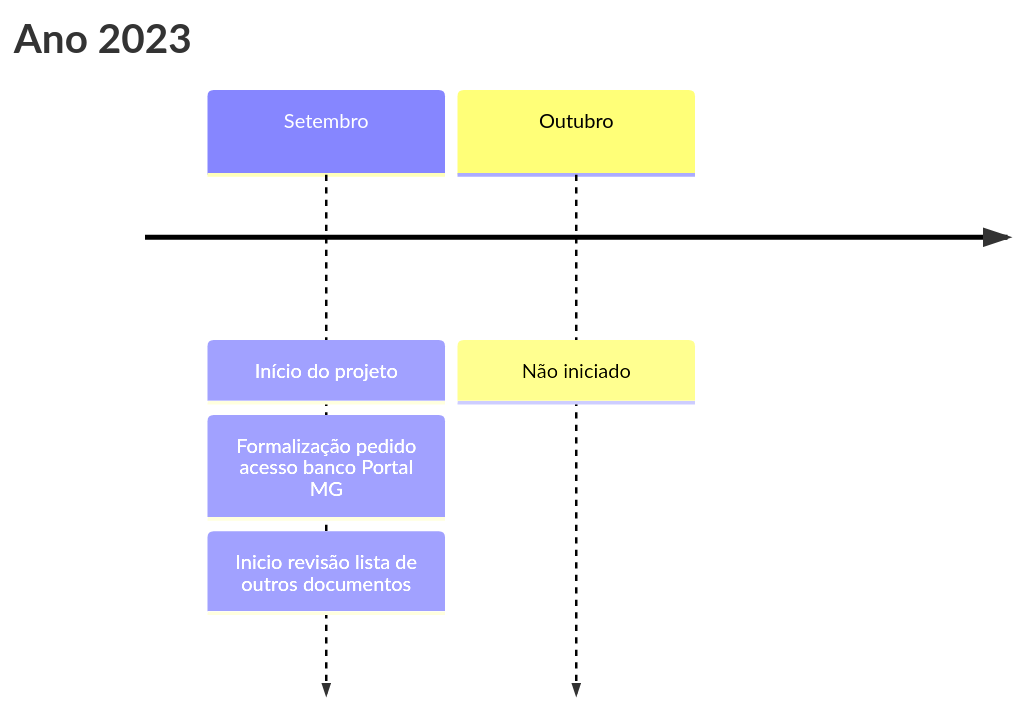
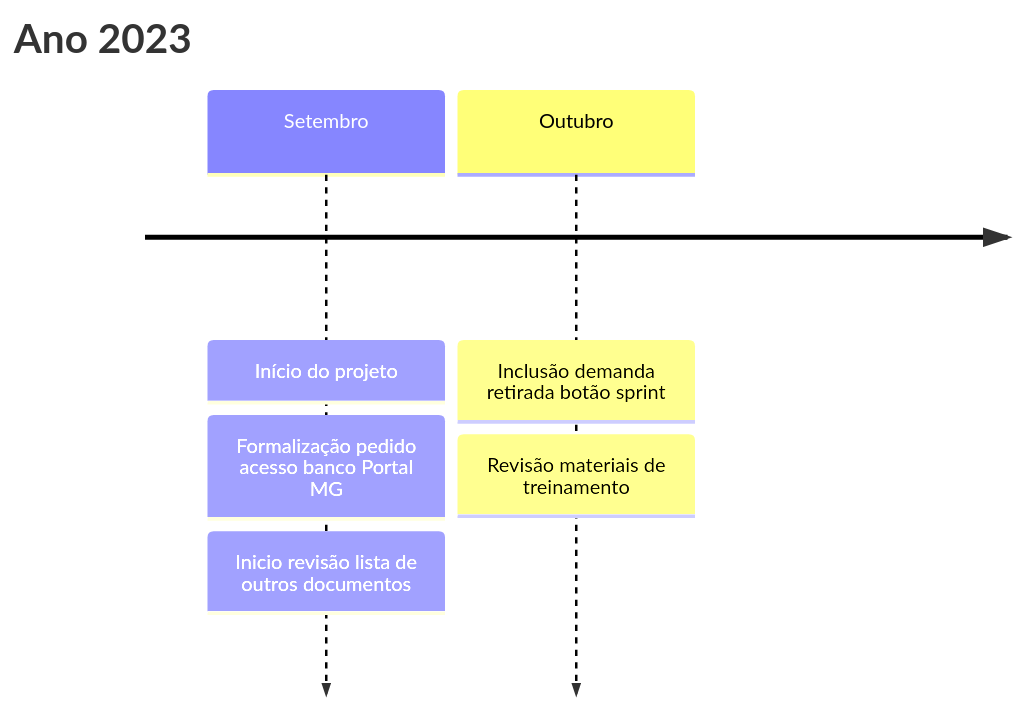
Before and after one commit to lab-mg/handbook: the first of 3 diagrams in docs/linha_do_tempo/mapa_transformacao.md, drawn with Mermaid. The commit also changed other lines of this file, not shown here.

````diff
--- a/docs/linha_do_tempo/mapa_transformacao.md
+++ b/docs/linha_do_tempo/mapa_transformacao.md
@@ -21,8 +21,9 @@
 ```mermaid
 timeline
     title Ano 2023
     Setembro : Início do projeto
              : Formalização pedido acesso banco Portal MG
              : Inicio revisão lista de outros documentos
-    Outubro  : Não iniciado
+    Outubro  : Inclusão demanda retirada botão sprint
+             : Revisão materiais de treinamento
 ```
````
